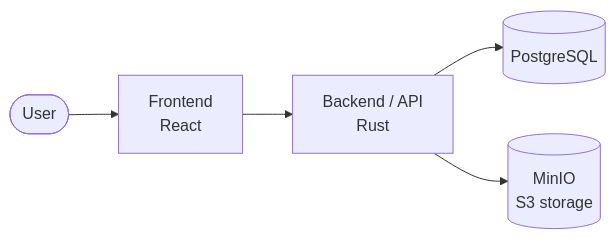
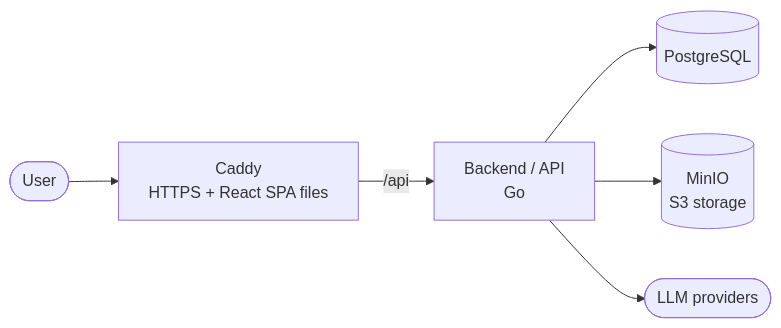
Before and after one commit to dannilodms/forgespark: the diagram in README.md, drawn with Mermaid. The commit also changed other lines of this file and 7 other files, not shown here.

````diff
--- a/README.md
+++ b/README.md
@@ -43,7 +43,8 @@
 ```mermaid
 flowchart LR
-    user([User]) --> web[Frontend<br/>React]
-    web --> api[Backend / API<br/>Rust]
+    user([User]) --> proxy[Caddy<br/>HTTPS + React SPA files]
+    proxy -->|/api| api[Backend / API<br/>Go]
     api --> db[(PostgreSQL)]
     api --> storage[(MinIO<br/>S3 storage)]
+    api --> llm([LLM providers])
 ```
````
